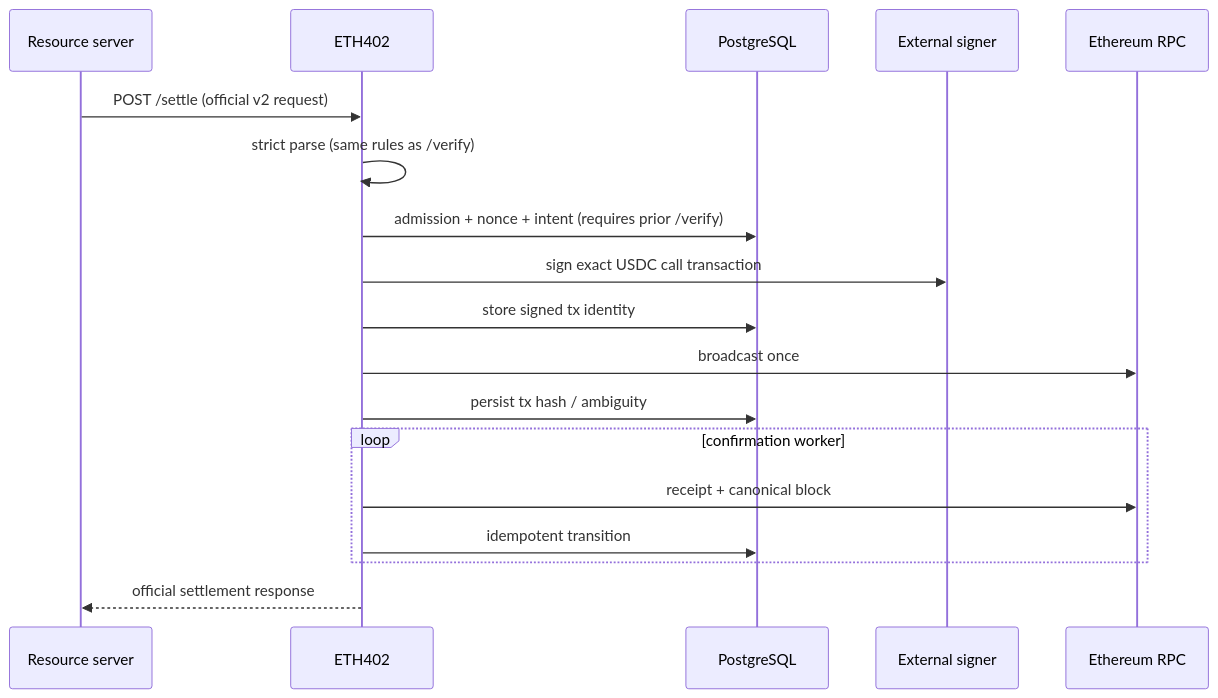
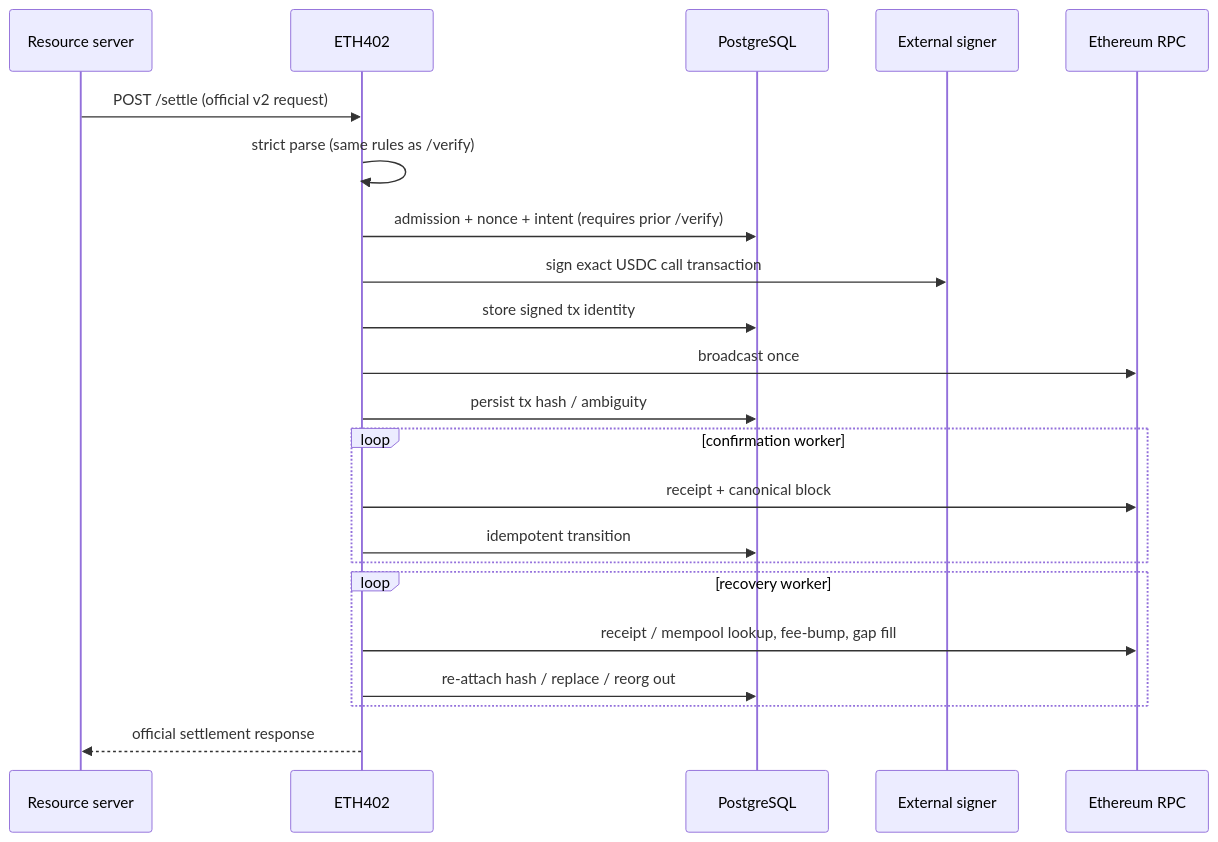
One commit to ETH402/facilitator changed the diagram in docs/SETTLEMENT_FLOW.md. Above: the diagram before and after it, drawn with Mermaid. The commit also changed other lines of this file and 6 other files, not shown here.

First line of the commit message:
docs: document settlement recovery and fee estimation

````diff
--- a/docs/SETTLEMENT_FLOW.md
+++ b/docs/SETTLEMENT_FLOW.md
@@ -10,20 +10,24 @@
 ```mermaid
 sequenceDiagram
   participant R as Resource server
   participant F as ETH402
   participant DB as PostgreSQL
   participant S as External signer
   participant RPC as Ethereum RPC
   R->>F: POST /settle (official v2 request)
   F->>F: strict parse (same rules as /verify)
   F->>DB: admission + nonce + intent (requires prior /verify)
   F->>S: sign exact USDC call transaction
   F->>DB: store signed tx identity
   F->>RPC: broadcast once
   F->>DB: persist tx hash / ambiguity
   loop confirmation worker
     F->>RPC: receipt + canonical block
     F->>DB: idempotent transition
   end
+  loop recovery worker
+    F->>RPC: receipt / mempool lookup, fee-bump, gap fill
+    F->>DB: re-attach hash / replace / reorg out
+  end
   F-->>R: official settlement response
 ```
````
